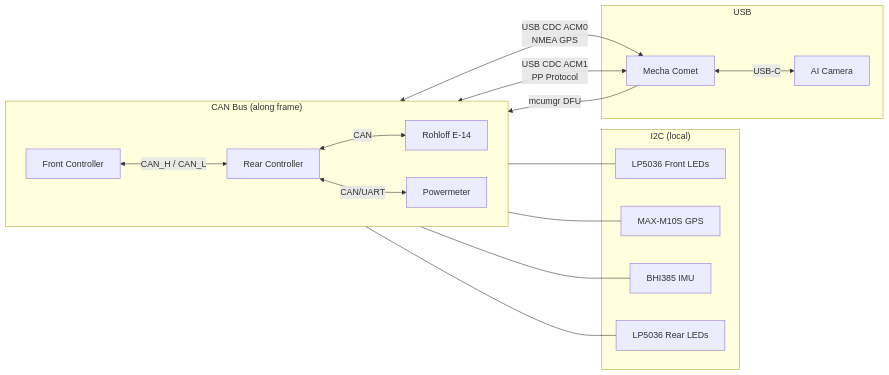
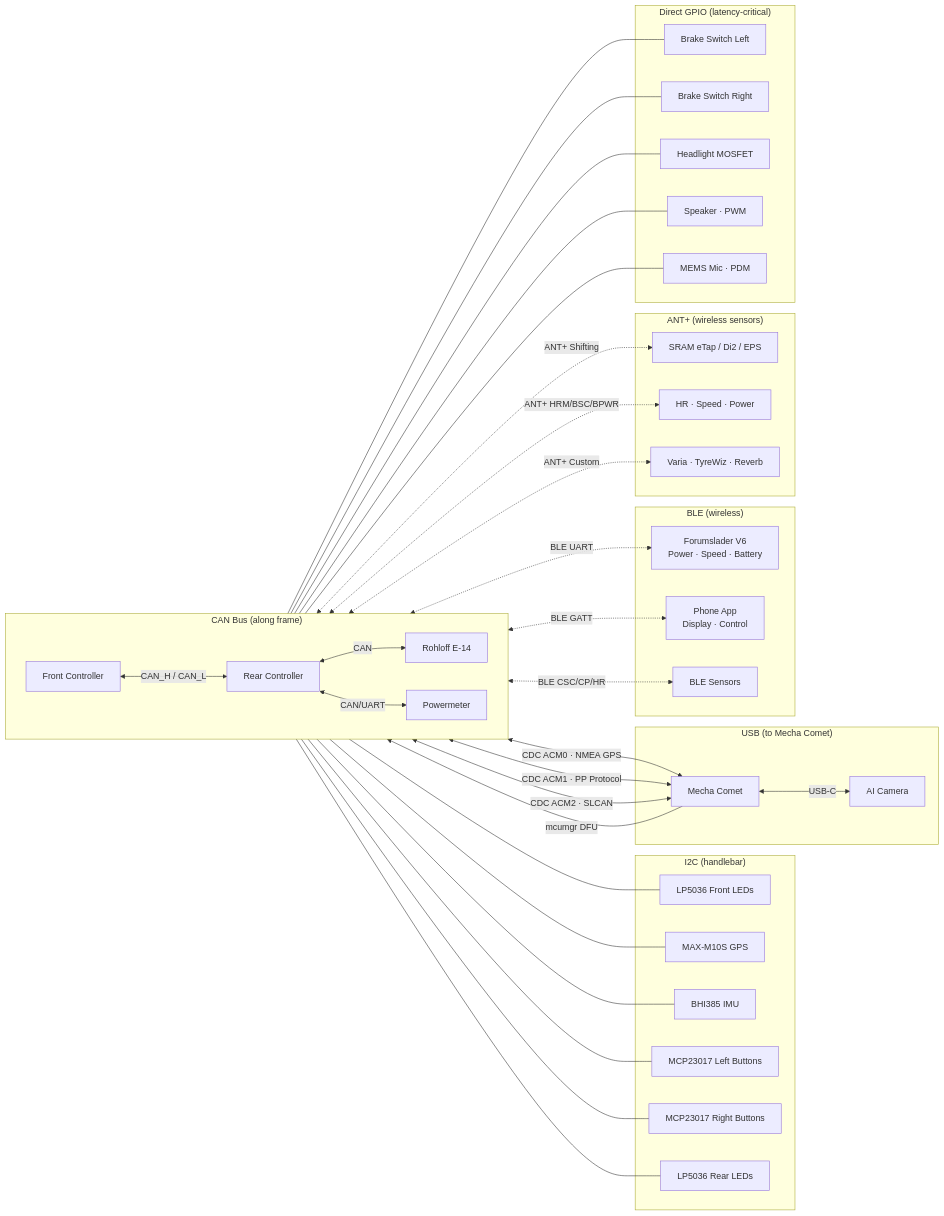
One commit to PedalPirat/PedalPirat changed the third of 4 diagrams in README.md. Above: the diagram before and after it, drawn with Mermaid. The commit also changed other lines of this file, not shown here.

Commit message:
docs: update comm bus diagram (BLE, ANT+, GPIO, SLCAN, Forumslader, phone app)

````diff
--- a/README.md
+++ b/README.md
@@ -100,23 +112,46 @@
 ```mermaid
 graph LR
     subgraph CAN_Bus ["CAN Bus (along frame)"]
         direction LR
         F[Front Controller] <-->|CAN_H / CAN_L| R[Rear Controller]
         R <-->|CAN| ROH[Rohloff E-14]
         R <-->|CAN/UART| PM[Powermeter]
     end
 
-    subgraph I2C_Local ["I2C (local)"]
+    subgraph I2C_Local ["I2C (handlebar)"]
         F --- LP_F[LP5036 Front LEDs]
         F --- GPS2[MAX-M10S GPS]
         F --- IMU2[BHI385 IMU]
+        F --- BTN_L[MCP23017 Left Buttons]
+        F --- BTN_R[MCP23017 Right Buttons]
         R --- LP_R[LP5036 Rear LEDs]
     end
 
-    subgraph USB_Connections ["USB"]
-        F <-->|USB CDC ACM0<br/>NMEA GPS| COMET2[Mecha Comet]
-        F <-->|USB CDC ACM1<br/>PP Protocol| COMET2
+    subgraph USB_Connections ["USB (to Mecha Comet)"]
+        F <-->|CDC ACM0 · NMEA GPS| COMET2[Mecha Comet]
+        F <-->|CDC ACM1 · PP Protocol| COMET2
+        F <-->|CDC ACM2 · SLCAN| COMET2
         COMET2 <-->|USB-C| CAM2[AI Camera]
         COMET2 -->|mcumgr DFU| F
     end
+
+    subgraph BLE_Connections ["BLE (wireless)"]
+        F <-.->|BLE UART| FL6[Forumslader V6<br/>Power · Speed · Battery]
+        F <-.->|BLE GATT| PHONE[Phone App<br/>Display · Control]
+        F <-.->|BLE CSC/CP/HR| BLE_SENS[BLE Sensors]
+    end
+
+    subgraph ANT_Connections ["ANT+ (wireless sensors)"]
+        F <-.->|ANT+ Shifting| SRAM2[SRAM eTap / Di2 / EPS]
+        F <-.->|ANT+ HRM/BSC/BPWR| ANT_SENS[HR · Speed · Power]
+        F <-.->|ANT+ Custom| RADAR2[Varia · TyreWiz · Reverb]
+    end
+
+    subgraph GPIO_Direct ["Direct GPIO (latency-critical)"]
+        F --- BRK_L[Brake Switch Left]
+        F --- BRK_R[Brake Switch Right]
+        F --- HDLT[Headlight MOSFET]
+        F --- SPK[Speaker · PWM]
+        F --- MIC[MEMS Mic · PDM]
+    end
 ```
````
